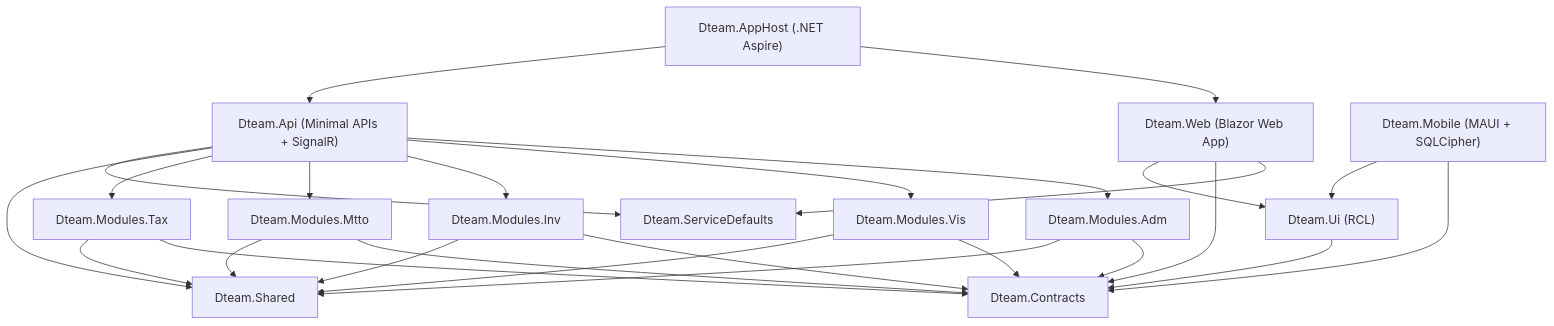
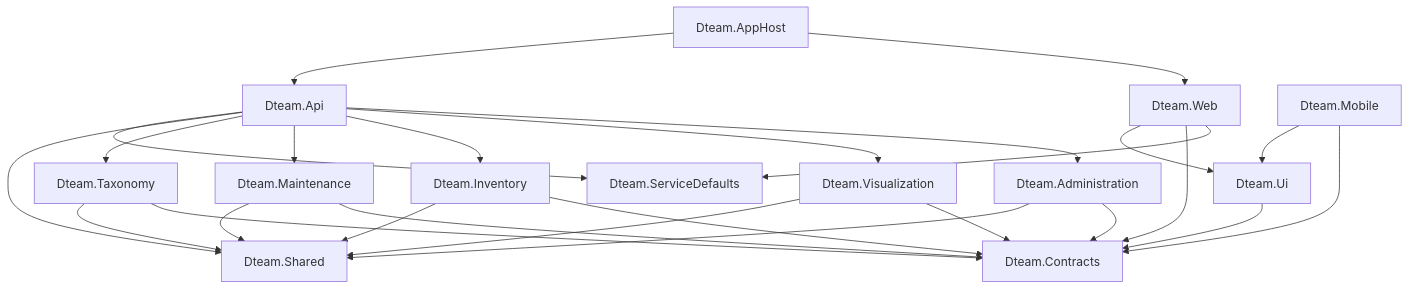
Before and after one commit to Novav20/adso-dteam-docs: the diagram in architecture/DT-ARQ-TECH-001.md, drawn with Mermaid. The commit also changed other lines of this file, not shown here.

````diff
--- a/architecture/DT-ARQ-TECH-001.md
+++ b/architecture/DT-ARQ-TECH-001.md
@@ -66,33 +66,33 @@
 ```mermaid
 flowchart TB
-    AppHost["Dteam.AppHost (.NET Aspire)"] --> Api["Dteam.Api (Minimal APIs + SignalR)"]
-    AppHost --> Web["Dteam.Web (Blazor Web App)"]
+    AppHost["Dteam.AppHost"] --> Api["Dteam.Api"]
+    AppHost --> Web["Dteam.Web"]
 
-    Web --> Ui["Dteam.Ui (RCL)"]
-    Mobile["Dteam.Mobile (MAUI + SQLCipher)"] --> Ui
+    Web --> Ui["Dteam.Ui"]
+    Mobile["Dteam.Mobile"] --> Ui
     Ui --> Contracts["Dteam.Contracts"]
     Web --> Contracts
     Mobile --> Contracts
 
     Api --> ServiceDefaults["Dteam.ServiceDefaults"]
     Web --> ServiceDefaults
     Api --> Shared["Dteam.Shared"]
 
-    Api --> Tax["Dteam.Modules.Tax"]
-    Api --> Mtto["Dteam.Modules.Mtto"]
-    Api --> Inv["Dteam.Modules.Inv"]
-    Api --> Vis["Dteam.Modules.Vis"]
-    Api --> Adm["Dteam.Modules.Adm"]
+    Api --> Taxonomy["Dteam.Taxonomy"]
+    Api --> Maintenance["Dteam.Maintenance"]
+    Api --> Inventory["Dteam.Inventory"]
+    Api --> Visualization["Dteam.Visualization"]
+    Api --> Administration["Dteam.Administration"]
 
-    Tax --> Shared
-    Mtto --> Shared
-    Inv --> Shared
-    Vis --> Shared
-    Adm --> Shared
+    Taxonomy --> Shared
+    Maintenance --> Shared
+    Inventory --> Shared
+    Visualization --> Shared
+    Administration --> Shared
 
-    Tax --> Contracts
-    Mtto --> Contracts
-    Inv --> Contracts
-    Vis --> Contracts
-    Adm --> Contracts
+    Taxonomy --> Contracts
+    Maintenance --> Contracts
+    Inventory --> Contracts
+    Visualization --> Contracts
+    Administration --> Contracts
 ```
````
